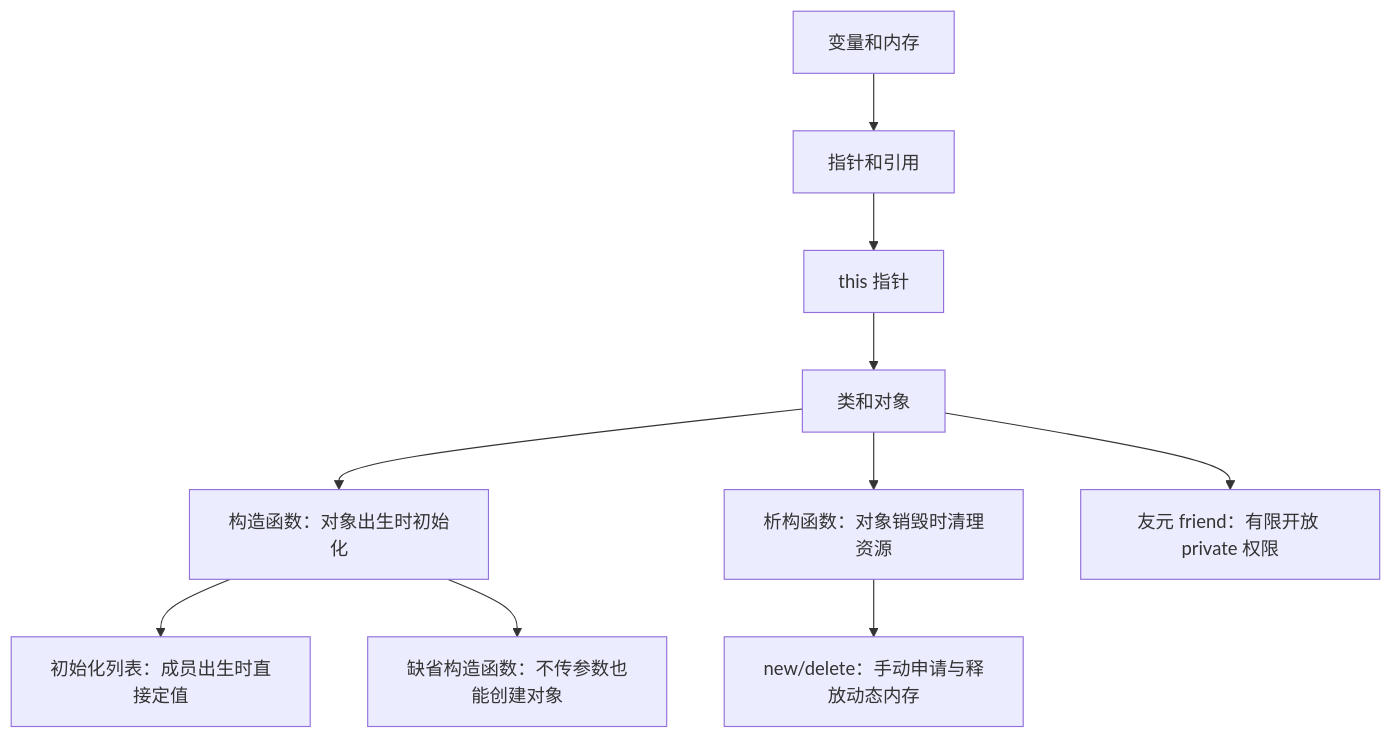
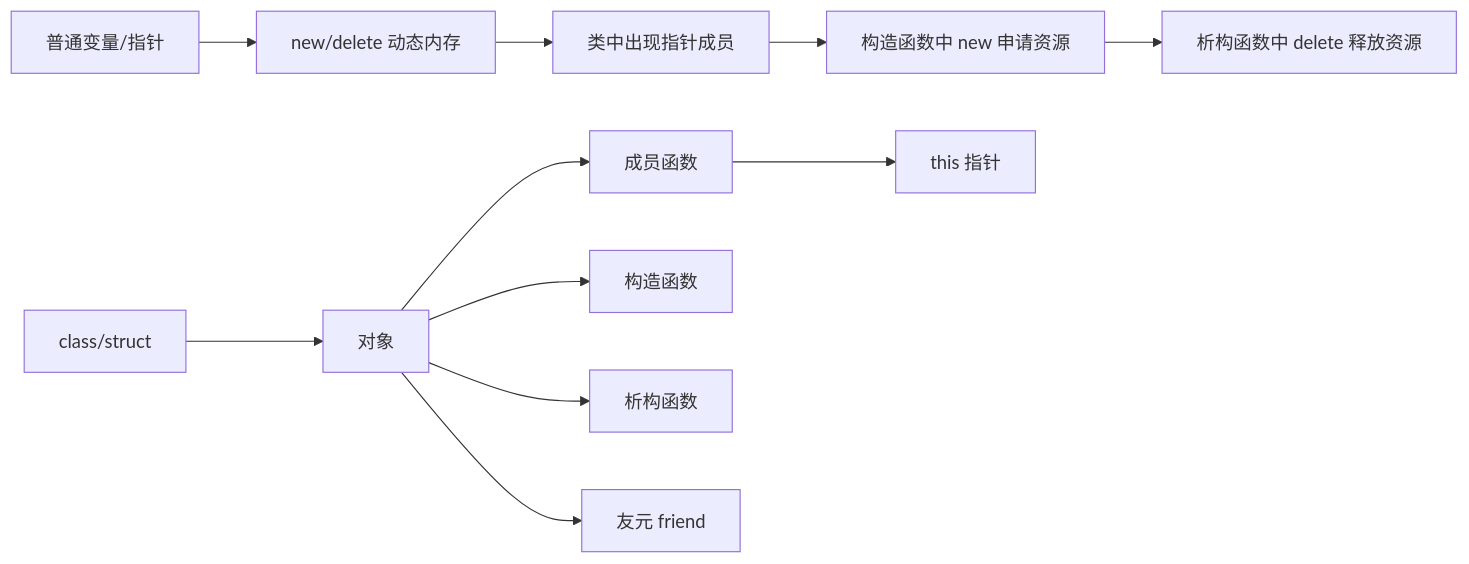
Before and after one commit to yuxh136-spec/cpp-leanring-notes: the diagram in notes/05_类和对象_this构造析构友元_new_delete复习笔记.md, drawn with Mermaid. The commit also changed other lines of this file, not shown here.

````diff
--- a/notes/05_类和对象_this构造析构友元_new_delete复习笔记.md
+++ b/notes/05_类和对象_this构造析构友元_new_delete复习笔记.md
@@ -10,12 +29,13 @@
 ```mermaid
-flowchart TD
-    A[变量和内存] --> B[指针和引用]
-    B --> C[this 指针]
-    C --> D[类和对象]
-    D --> E[构造函数：对象出生时初始化]
-    E --> F[初始化列表：成员出生时直接定值]
-    E --> G[缺省构造函数：不传参数也能创建对象]
-    D --> H[析构函数：对象销毁时清理资源]
-    H --> I[new/delete：手动申请与释放动态内存]
-    D --> J[友元 friend：有限开放 private 权限]
+flowchart LR
+    A[普通变量/指针] --> B[new/delete 动态内存]
+    B --> C[类中出现指针成员]
+    C --> D[构造函数中 new 申请资源]
+    D --> E[析构函数中 delete 释放资源]
+    F[class/struct] --> G[对象]
+    G --> H[成员函数]
+    H --> I[this 指针]
+    G --> J[构造函数]
+    G --> K[析构函数]
+    G --> L[友元 friend]
 ```
````
